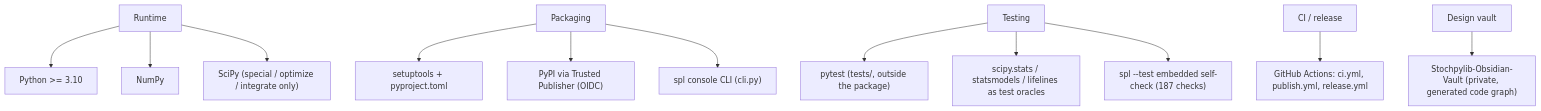
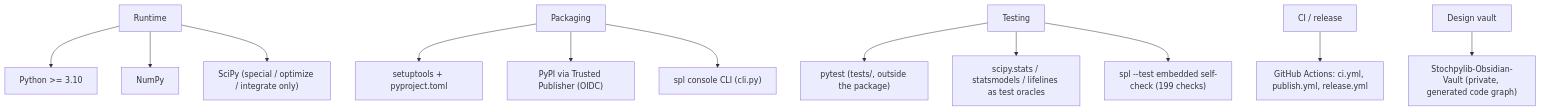
One commit to leon1706-lol/Stochpylib changed the second of 2 diagrams in development/architecture.md. Above: the diagram before and after it, drawn with Mermaid. The commit also changed other lines of this file and 34 other files, not shown here.

````diff
--- a/development/architecture.md
+++ b/development/architecture.md
@@ -61,14 +63,14 @@
 ```mermaid
 flowchart TB
     A["Runtime"] --> A1["Python >= 3.10"]
     A --> A2["NumPy"]
     A --> A3["SciPy (special / optimize / integrate only)"]
     B["Packaging"] --> B1["setuptools + pyproject.toml"]
     B --> B2["PyPI via Trusted Publisher (OIDC)"]
     B --> B3["spl console CLI (cli.py)"]
     C["Testing"] --> C1["pytest (tests/, outside the package)"]
     C --> C2["scipy.stats / statsmodels / lifelines as test oracles"]
-    C --> C3["spl --test embedded self-check (187 checks)"]
+    C --> C3["spl --test embedded self-check (199 checks)"]
     D["CI / release"] --> D1["GitHub Actions: ci.yml, publish.yml, release.yml"]
     E["Design vault"] --> E1["Stochpylib-Obsidian-Vault (private, generated code graph)"]
 ```
````
